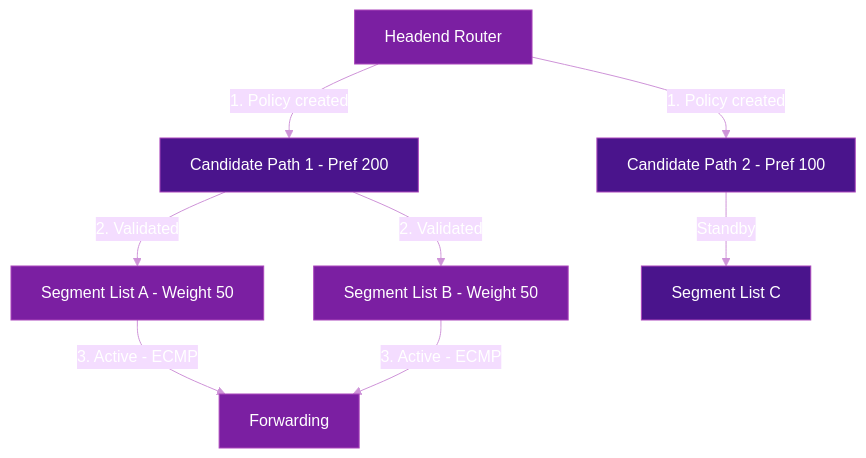
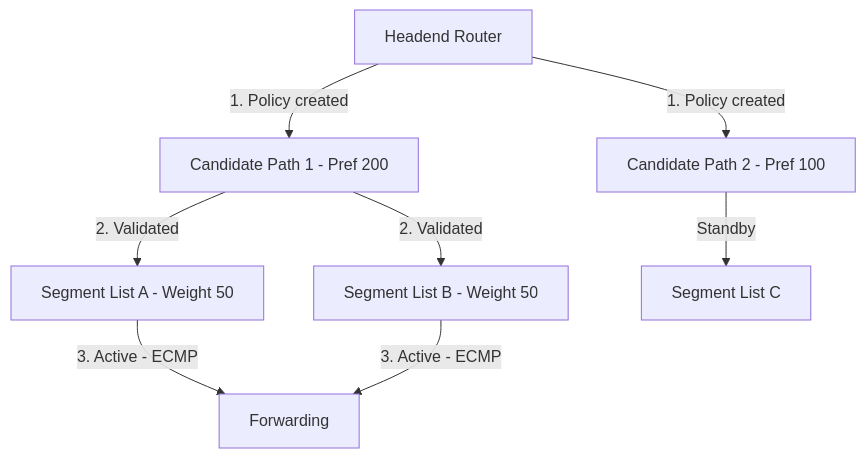
One commit to eldaninavas/srv6.md changed the first of 3 diagrams in docs/topics/sr-policy.md. Above: the diagram before and after it, drawn with Mermaid. The commit also changed other lines of this file and 29 other files, not shown here.

First line of the commit message:
fix(mermaid): apply theme-aware colors site-wide

````diff
--- a/docs/topics/sr-policy.md
+++ b/docs/topics/sr-policy.md
@@ -57,19 +57,10 @@
 ```mermaid
-%%{init: {"theme": "base", "themeVariables": {"primaryTextColor": "#fff", "lineColor": "#ce93d8", "textColor": "#fff"}}}%%
 graph TD
     H[Headend Router] -->|1. Policy created| CP1[Candidate Path 1 - Pref 200]
     H -->|1. Policy created| CP2[Candidate Path 2 - Pref 100]
     CP1 -->|2. Validated| SL1[Segment List A - Weight 50]
     CP1 -->|2. Validated| SL2[Segment List B - Weight 50]
     CP2 -->|Standby| SL3[Segment List C]
     SL1 -->|3. Active - ECMP| FWD[Forwarding]
     SL2 -->|3. Active - ECMP| FWD
-
-    style H fill:#7b1fa2,color:#fff,stroke:#ab47bc
-    style CP1 fill:#4a148c,color:#fff,stroke:#ab47bc
-    style CP2 fill:#4a148c,color:#fff,stroke:#ab47bc
-    style SL1 fill:#7b1fa2,color:#fff,stroke:#ab47bc
-    style SL2 fill:#7b1fa2,color:#fff,stroke:#ab47bc
-    style SL3 fill:#4a148c,color:#fff,stroke:#ab47bc
-    style FWD fill:#7b1fa2,color:#fff,stroke:#ab47bc
 ```
````
